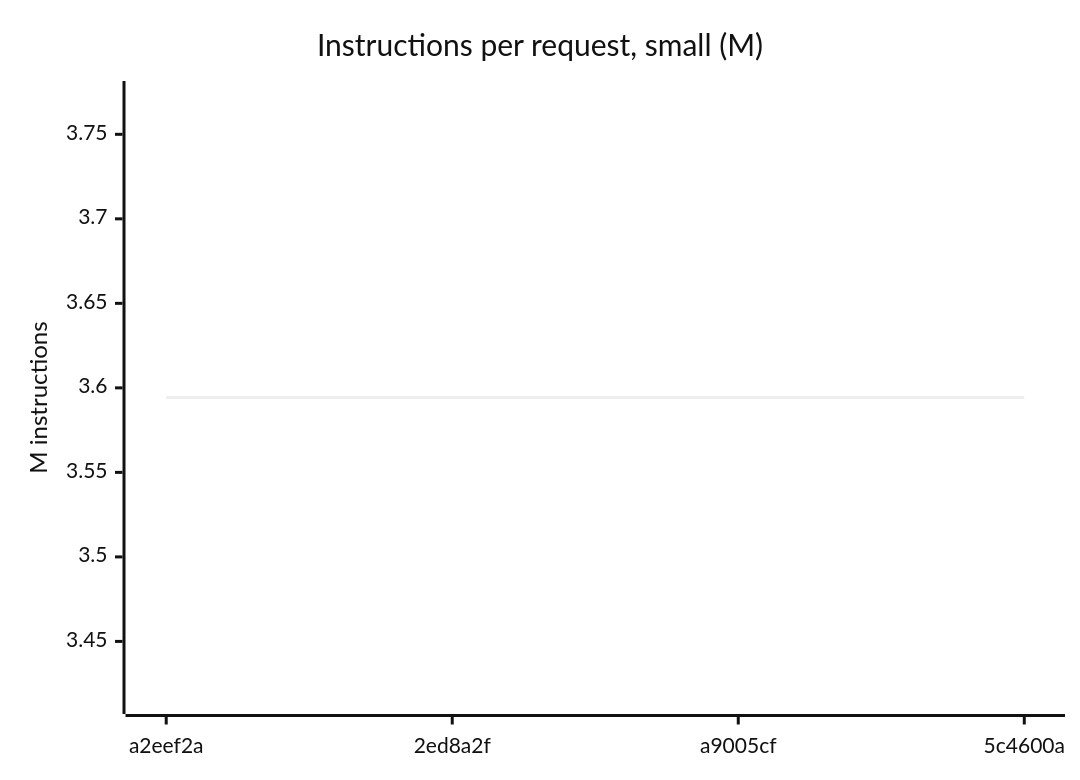
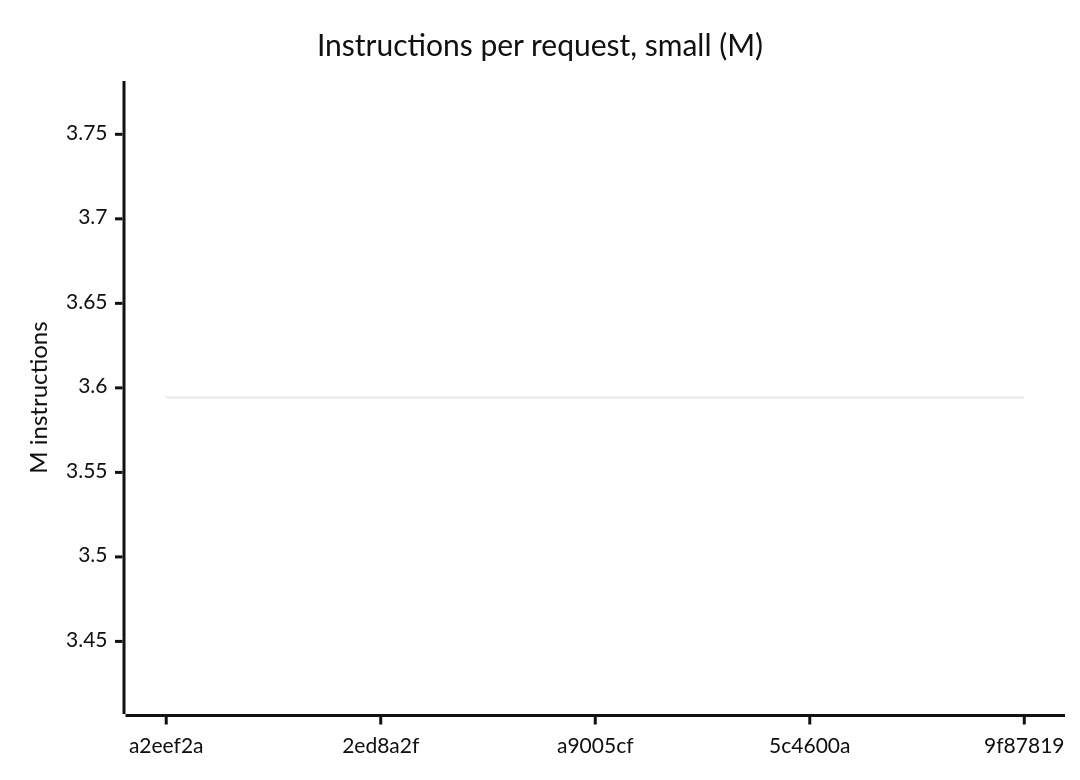
The first of 7 diagrams in CHART.md (Karakatiza666/roc-cloudflare-workers), drawn with Mermaid (neutral theme) before and after one commit. The commit also changed other lines of this file and 2 other files, not shown here.

````diff
--- a/CHART.md
+++ b/CHART.md
@@ -9,7 +9,7 @@
 ```mermaid
 xychart-beta
     title "Instructions per request, small (M)"
-    x-axis ["a2eef2a", "2ed8a2f", "a9005cf", "5c4600a"]
+    x-axis ["a2eef2a", "2ed8a2f", "a9005cf", "5c4600a", "9f87819"]
     y-axis "M instructions" 3.4146 --> 3.774
-    line [3.5943, 3.5943, 3.5943, 3.5943]
+    line [3.5943, 3.5943, 3.5943, 3.5943, 3.5943]
 ```
````
